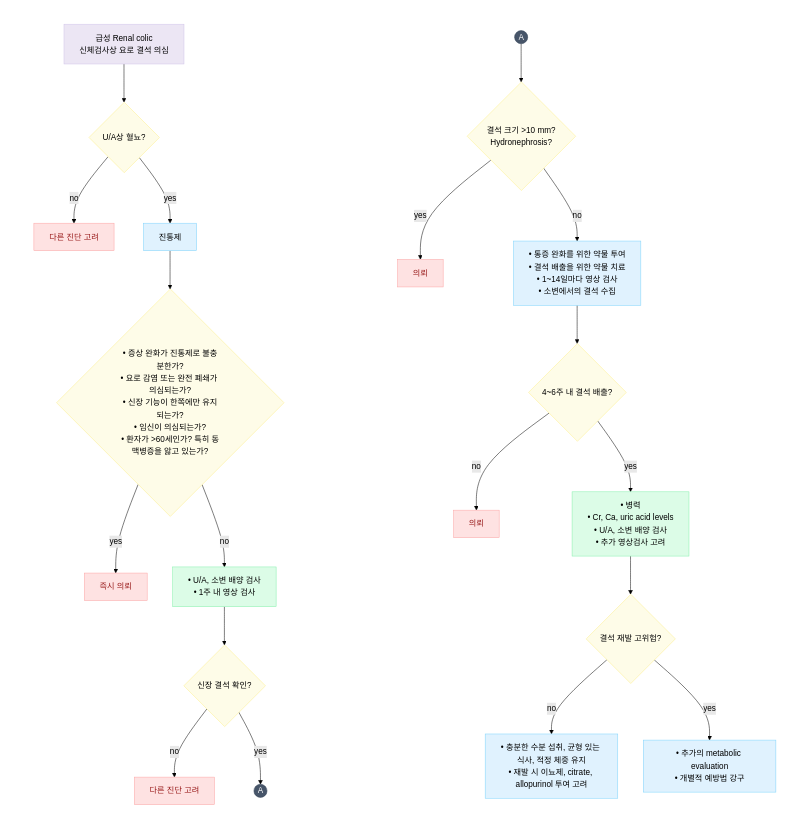
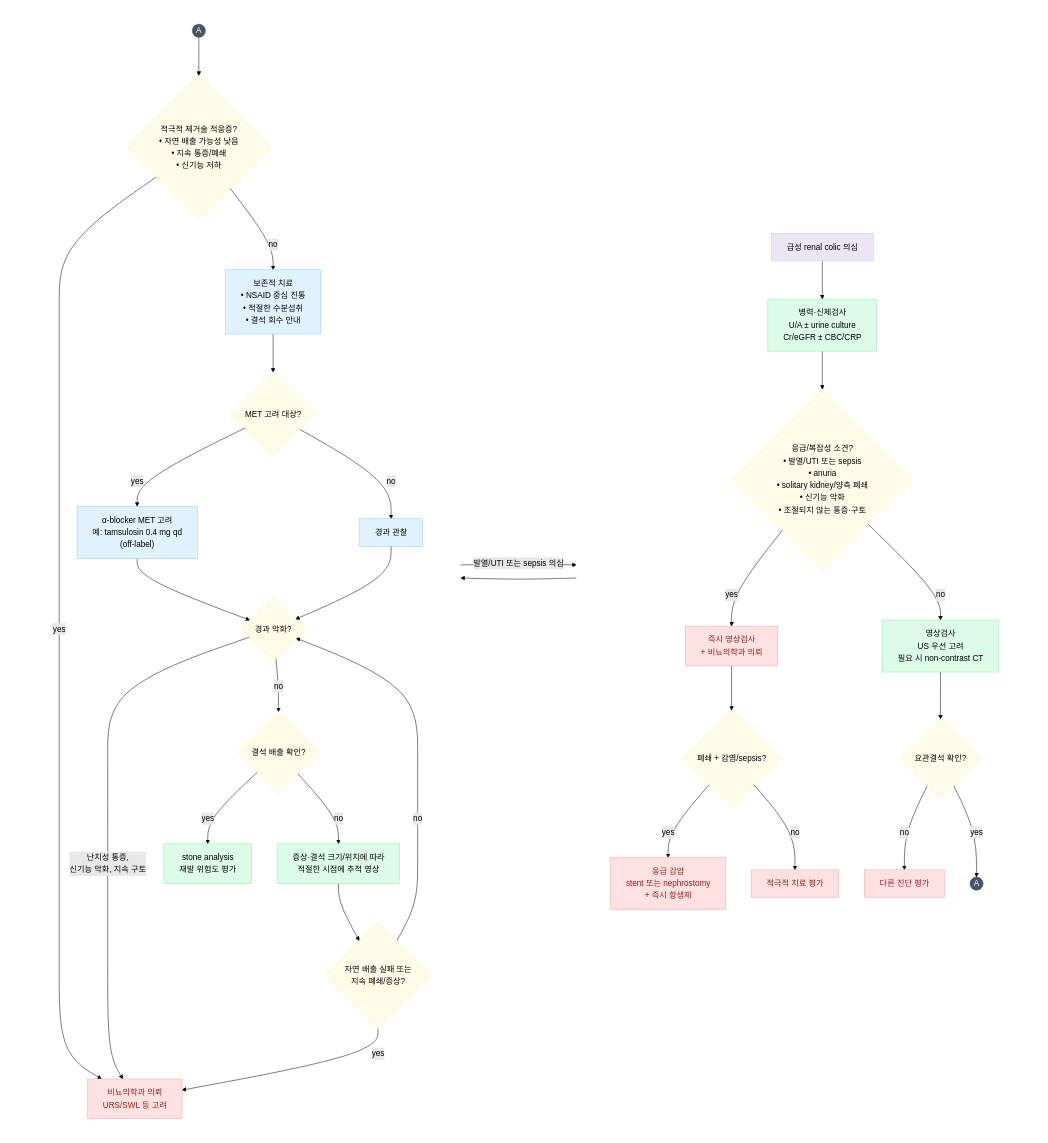
One commit to familyoh77/familyoh77 changed the diagram in 227_/133_-urolithiasis.md. Above: the diagram before and after it, drawn with Mermaid (forest theme). The commit also changed other lines of this file, not shown here.

````diff
--- a/227_/133_-urolithiasis.md
+++ b/227_/133_-urolithiasis.md
@@ -120,57 +157,68 @@
 ```mermaid
 flowchart LR
     subgraph Col1 [" "]
         direction TD
-        NodeA["급성 Renal colic<br>신체검사상 요로 결석 의심"] --> NodeB{"U/A상 혈뇨?"}
 
-        NodeB -- no --> NodeC["다른 진단 고려"]
-        NodeB -- yes --> NodeD["진통제"]
+        NodeA["급성 renal colic 의심"] --> NodeB["병력·신체검사<br>U/A ± urine culture<br>Cr/eGFR ± CBC/CRP"]
 
-        NodeD --> NodeE{"• 증상 완화가 진통제로 불충분한가?<br>• 요로 감염 또는 완전 폐쇄가 의심되는가?<br>• 신장 기능이 한쪽에만 유지되는가?<br>• 임신이 의심되는가?<br>• 환자가 >60세인가? 특히 동맥병증을 앓고 있는가?"}
+        NodeB --> NodeC{"응급/복잡성 소견?<br>• 발열/UTI 또는 sepsis<br>• anuria<br>• solitary kidney/양측 폐쇄<br>• 신기능 악화<br>• 조절되지 않는 통증·구토"}
 
-        NodeE -- yes --> NodeF["즉시 의뢰"]
-        NodeE -- no --> NodeG["• U/A, 소변 배양 검사<br>• 1주 내 영상 검사"]
+        NodeC -- yes --> NodeD["즉시 영상검사<br>+ 비뇨의학과 의뢰"]
 
-        NodeG --> NodeH{"신장 결석 확인?"}
-        NodeH -- no --> NodeI["다른 진단 고려"]
-        NodeH -- yes --> NodeJ(("A"))
+        NodeD --> NodeE{"폐쇄 + 감염/sepsis?"}
+        NodeE -- yes --> NodeF["응급 감압<br>stent 또는 nephrostomy<br>+ 즉시 항생제"]
+        NodeE -- no --> NodeG["적극적 치료 평가"]
+
+        NodeC -- no --> NodeH["영상검사<br>US 우선 고려<br>필요 시 non-contrast CT"]
+
+        NodeH --> NodeI{"요관결석 확인?"}
+        NodeI -- no --> NodeJ["다른 진단 평가"]
+        NodeI -- yes --> NodeK(("A"))
     end
 
     subgraph Col2 [" "]
         direction TD
-        NodeA2(("A")) --> NodeK{"결석 크기 >10 mm?<br>Hydronephrosis?"}
 
-        NodeK -- yes --> NodeL["의뢰"]
-        NodeK -- no --> NodeM["• 통증 완화를 위한 약물 투여<br>• 결석 배출을 위한 약물 치료<br>• 1~14일마다 영상 검사<br>• 소변에서의 결석 수집"]
+        NodeK2(("A")) --> NodeL{"적극적 제거술 적응증?<br>• 자연 배출 가능성 낮음<br>• 지속 통증/폐쇄<br>• 신기능 저하"}
 
-        NodeM --> NodeN{"4~6주 내 결석 배출?"}
+        NodeL -- yes --> NodeM["비뇨의학과 의뢰<br>URS/SWL 등 고려"]
+        NodeL -- no --> NodeN["보존적 치료<br>• NSAID 중심 진통<br>• 적절한 수분섭취<br>• 결석 회수 안내"]
 
-        NodeN -- no --> NodeO["의뢰"]
-        NodeN -- yes --> NodeP["• 병력<br>• Cr, Ca, uric acid levels<br>• U/A, 소변 배양 검사<br>• 추가 영상검사 고려"]
+        NodeN --> NodeO{"MET 고려 대상?"}
+        NodeO -- yes --> NodeP["α-blocker MET 고려<br>예: tamsulosin 0.4 mg qd<br>(off-label)"]
+        NodeO -- no --> NodeQ["경과 관찰"]
 
-        NodeP --> NodeQ{"결석 재발 고위험?"}
+        NodeP --> NodeR{"경과 악화?"}
+        NodeQ --> NodeR
 
-        NodeQ -- no --> NodeR["• 충분한 수분 섭취, 균형 있는 식사, 적정 체중 유지<br>• 재발 시 이뇨제, citrate, allopurinol 투여 고려"]
-        NodeQ -- yes --> NodeS["• 추가의 metabolic evaluation<br>• 개별적 예방법 강구"]
+        NodeR -- "발열/UTI 또는 sepsis 의심" --> NodeD
+        NodeR -- "난치성 통증,<br>신기능 악화, 지속 구토" --> NodeM
+        NodeR -- no --> NodeS{"결석 배출 확인?"}
+
+        NodeS -- yes --> NodeT["stone analysis<br>재발 위험도 평가"]
+        NodeS -- no --> NodeU["증상·결석 크기/위치에 따라<br>적절한 시점에 추적 영상"]
+
+        NodeU --> NodeV{"자연 배출 실패 또는<br>지속 폐쇄/증상?"}
+        NodeV -- yes --> NodeM
+        NodeV -- no --> NodeR
     end
 
-    %% 두 서브그래프 간 비가시성 연결선 추가 (좌우 정렬 강제)
-    Col1 ~~~ Col2
+    NodeK --> NodeK2
 
     style Col1 fill:none,stroke:none
     style Col2 fill:none,stroke:none
 
     classDef startNode fill:#ECE6F4,stroke:#D1C4E9,stroke-width:1px;
     classDef decision fill:#FEFCE8,stroke:#FEF08A,stroke-width:1px;
     classDef alert fill:#FEE2E2,stroke:#FCA5A5,stroke-width:1px,color:#991B1B;
     classDef greenBox fill:#DCFCE7,stroke:#86EFAC,stroke-width:1px;
     classDef blueBox fill:#E0F2FE,stroke:#7DD3FC,stroke-width:1px;
     classDef conn fill:#475569,stroke:#334155,stroke-width:1px,color:#FFFFFF;
 
     class NodeA startNode;
-    class NodeB,NodeE,NodeH,NodeK,NodeN,NodeQ decision;
-    class NodeC,NodeF,NodeI,NodeL,NodeO alert;
-    class NodeG,NodeP greenBox;
-    class NodeD,NodeM,NodeR,NodeS blueBox;
-    class NodeJ,NodeA2 conn;
+    class NodeC,NodeE,NodeI,NodeL,NodeO,NodeR,NodeS,NodeV decision;
+    class NodeD,NodeF,NodeG,NodeJ,NodeM alert;
+    class NodeB,NodeH,NodeT,NodeU greenBox;
+    class NodeN,NodeP,NodeQ blueBox;
+    class NodeK,NodeK2 conn;
 ```
````
